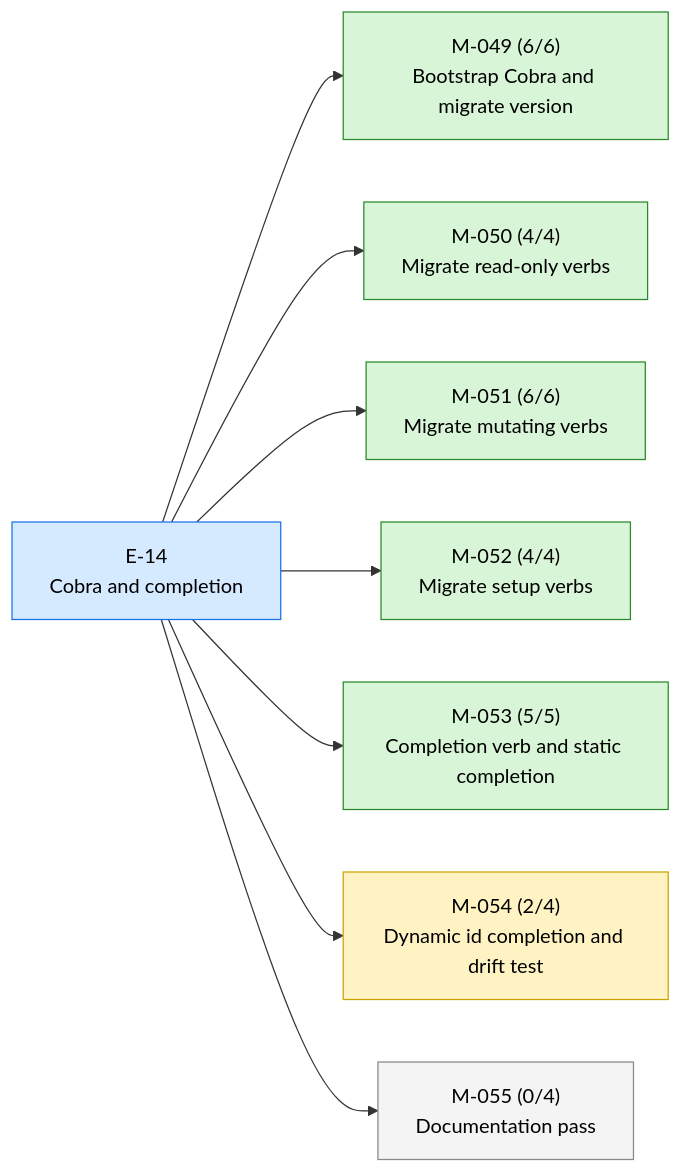
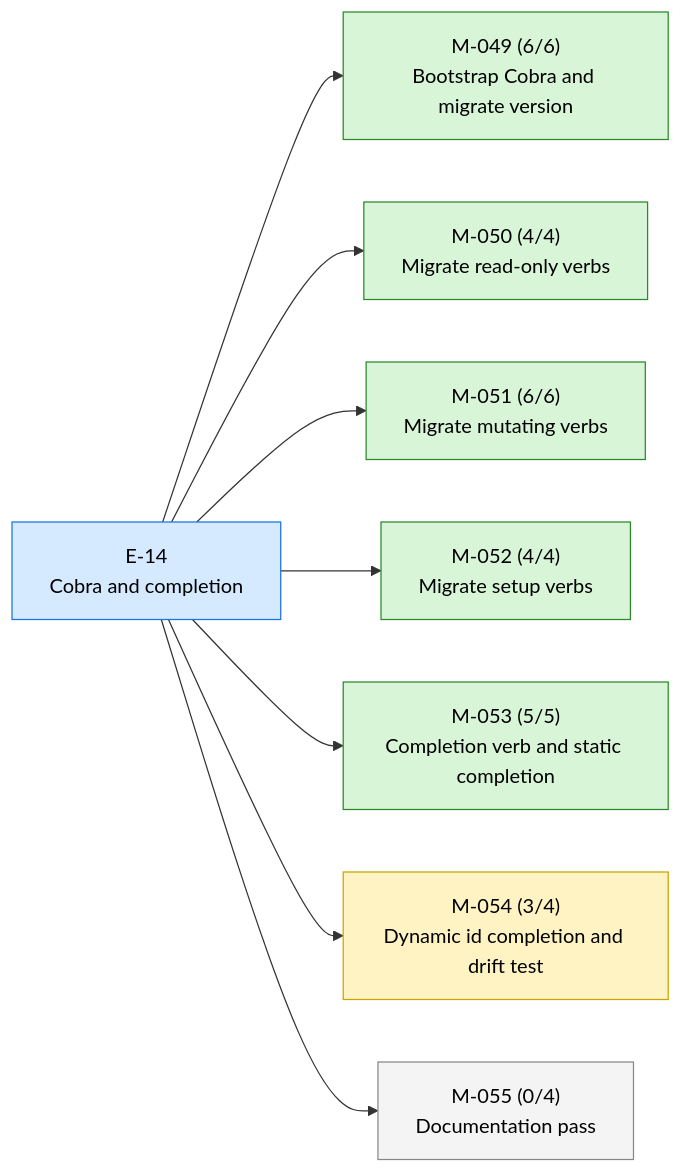
The first of 2 diagrams in STATUS.md (23min/aiwf), drawn with Mermaid before and after one commit. The commit also changed other lines of this file and 1 other file, not shown here.

````diff
--- a/STATUS.md
+++ b/STATUS.md
@@ -17,24 +17,24 @@
 ```mermaid
 flowchart LR
   E_14["E-14<br/>Cobra and completion"]:::epic_active
   M_049["M-049 (6/6)<br/>Bootstrap Cobra and migrate version"]:::ms_done
   E_14 --> M_049
   M_050["M-050 (4/4)<br/>Migrate read-only verbs"]:::ms_done
   E_14 --> M_050
   M_051["M-051 (6/6)<br/>Migrate mutating verbs"]:::ms_done
   E_14 --> M_051
   M_052["M-052 (4/4)<br/>Migrate setup verbs"]:::ms_done
   E_14 --> M_052
   M_053["M-053 (5/5)<br/>Completion verb and static completion"]:::ms_done
   E_14 --> M_053
-  M_054["M-054 (2/4)<br/>Dynamic id completion and drift test"]:::ms_in_progress
+  M_054["M-054 (3/4)<br/>Dynamic id completion and drift test"]:::ms_in_progress
   E_14 --> M_054
   M_055["M-055 (0/4)<br/>Documentation pass"]:::ms_draft
   E_14 --> M_055
   classDef epic_active fill:#d6eaff,stroke:#1a73e8,color:#000
   classDef epic_proposed fill:#f4f4f4,stroke:#888,color:#000
   classDef ms_done fill:#d8f5d8,stroke:#2a8a2a,color:#000
   classDef ms_in_progress fill:#fff3c4,stroke:#caa400,color:#000
   classDef ms_draft fill:#f4f4f4,stroke:#888,color:#000
   classDef ms_cancelled fill:#fbeaea,stroke:#c33,color:#000
 ```
````
